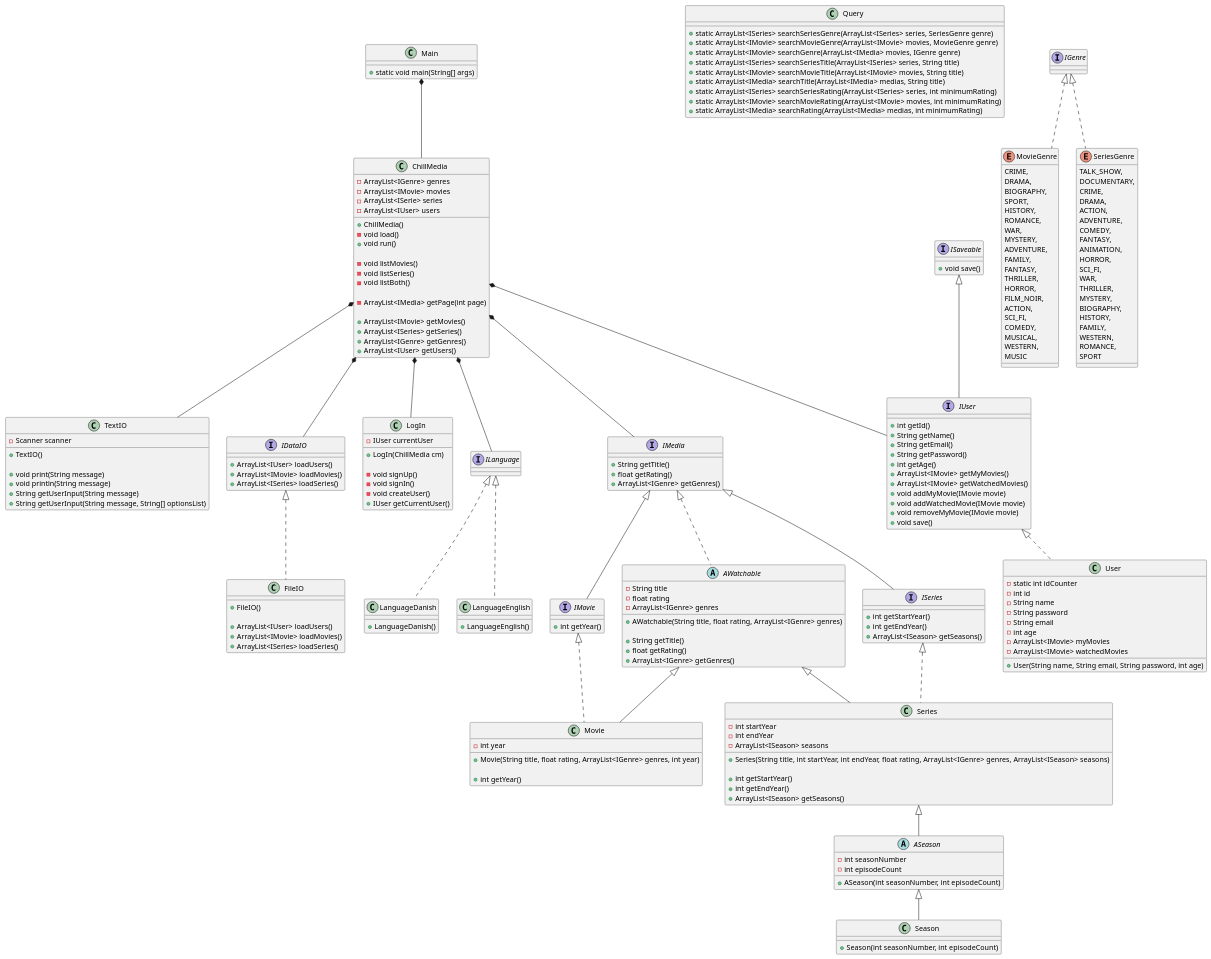
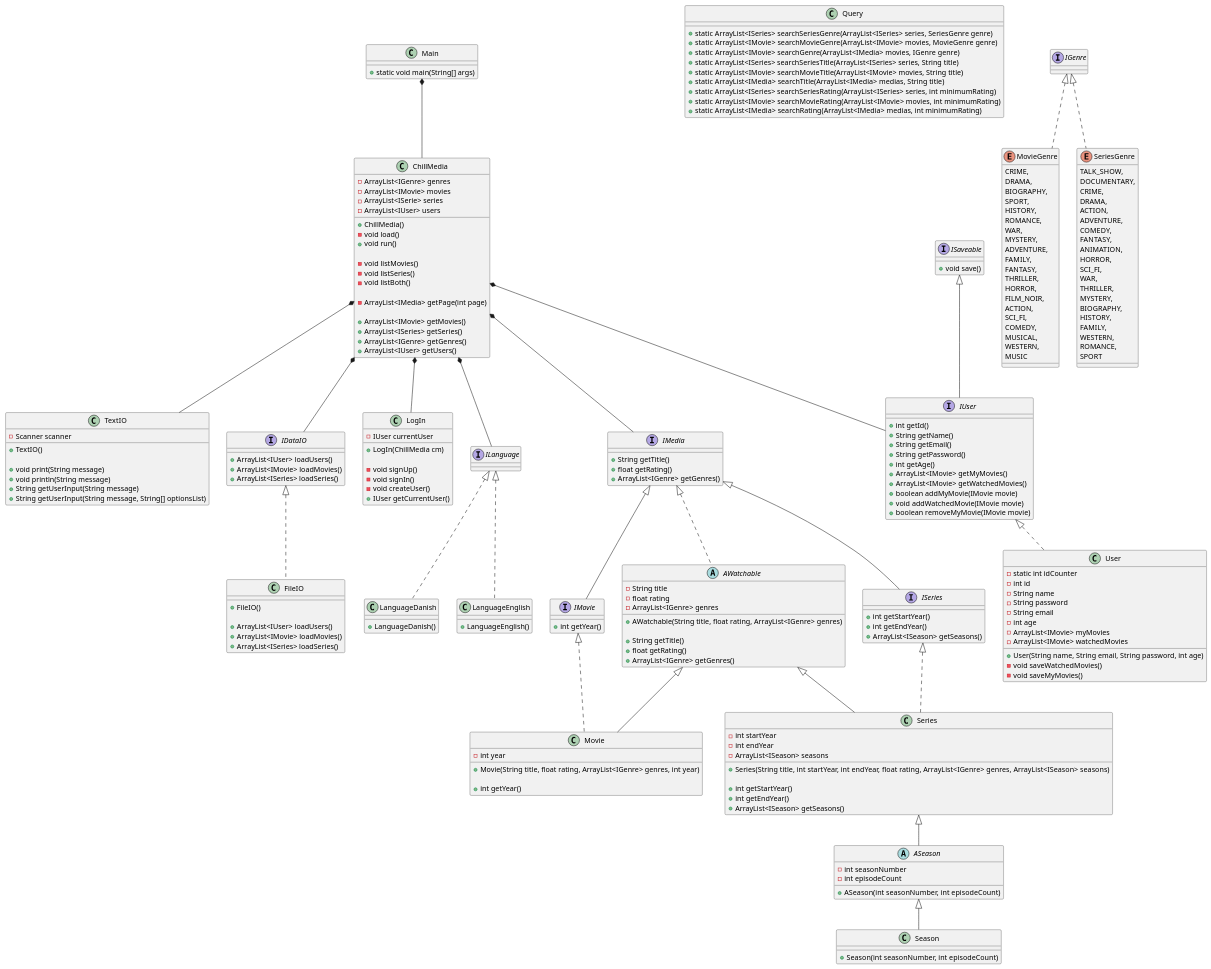
Before and after one commit to Peter537/Dat1-SP3: the diagram in Documentation/Streamingtjeneste.puml, drawn with PlantUML. The commit also changed 2 other files, not shown here.

```diff
--- a/Documentation/Streamingtjeneste.puml
+++ b/Documentation/Streamingtjeneste.puml
@@ -86,6 +86,8 @@
     - ArrayList<IMovie> watchedMovies
 
     + User(String name, String email, String password, int age)
+    - void saveWatchedMovies()
+    - void saveMyMovies()
 }
 
 class Movie extends AWatchable implements IMovie {
@@ -172,10 +174,9 @@
     + int getAge()
     + ArrayList<IMovie> getMyMovies()
     + ArrayList<IMovie> getWatchedMovies()
-    + void addMyMovie(IMovie movie)
+    + boolean addMyMovie(IMovie movie)
     + void addWatchedMovie(IMovie movie)
-    + void removeMyMovie(IMovie movie)
-    + void save()
+    + boolean removeMyMovie(IMovie movie)
 }
 
 interface IDataIO {
```
